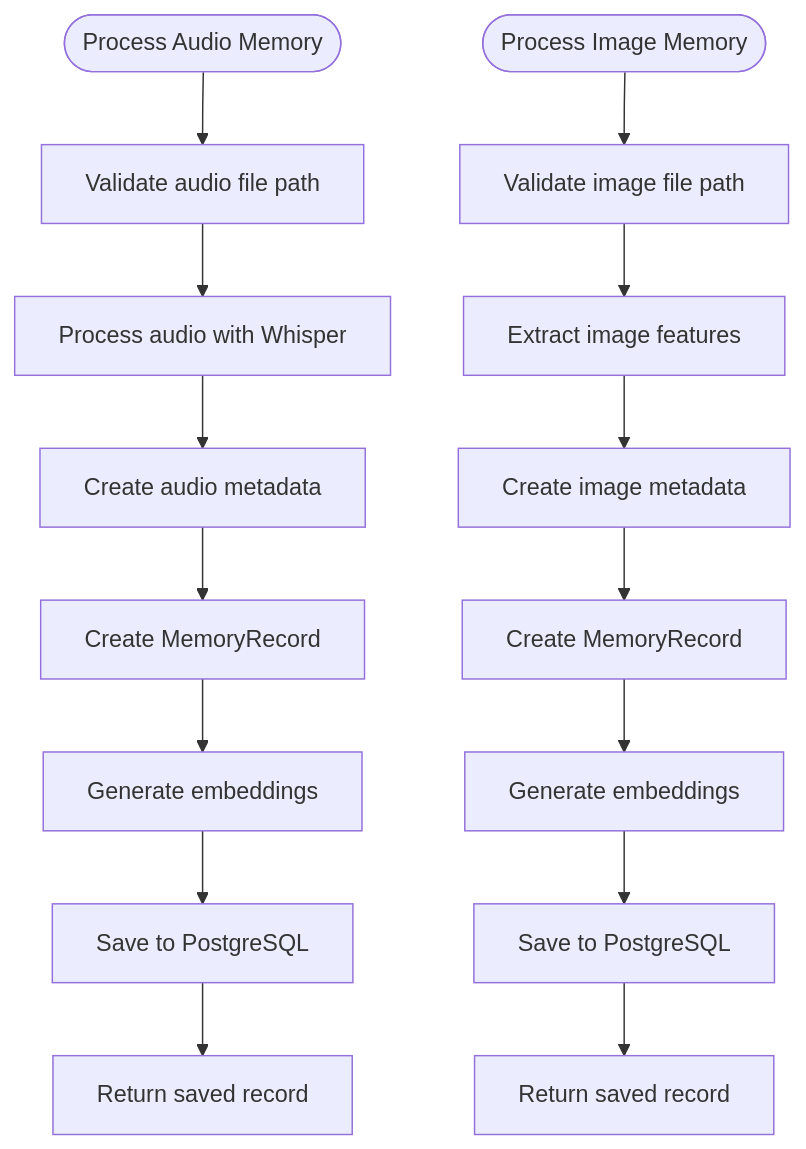
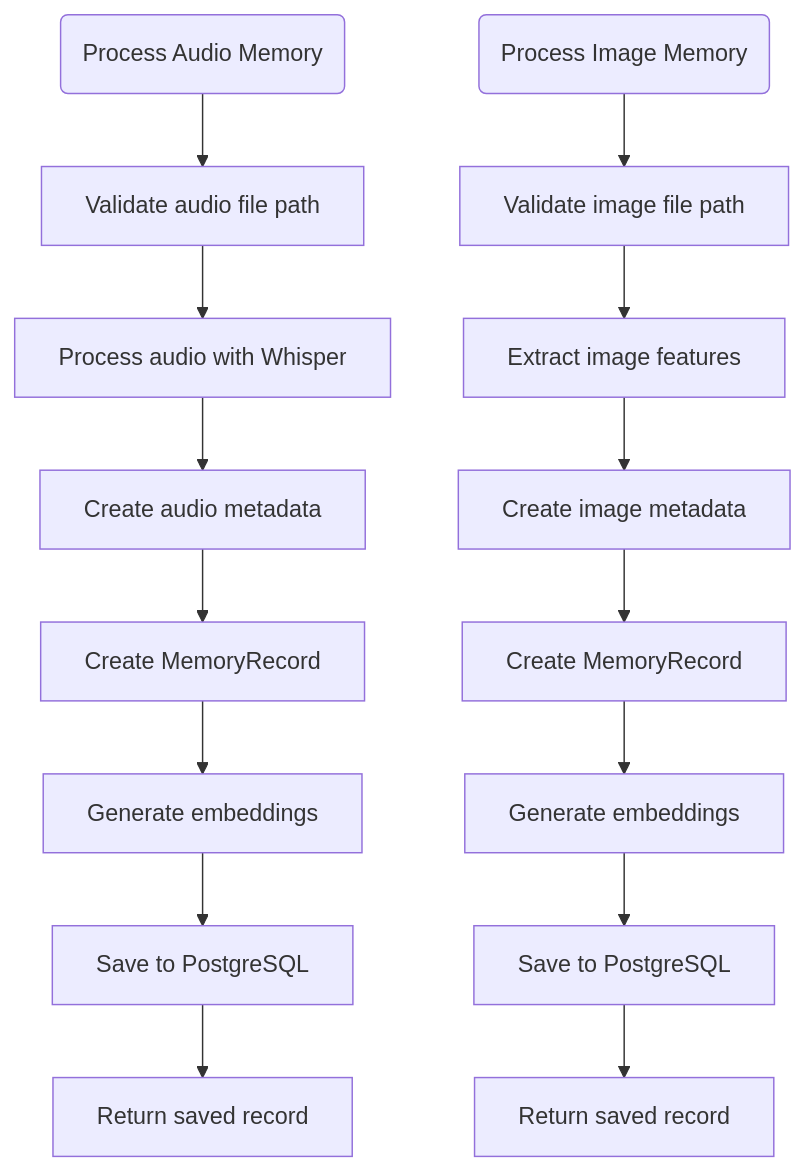
The fifth of 6 diagrams in docs/API Reference/Memory Service API.md (Likhithsai2580/RAVANA-WIKI), drawn with Mermaid before and after one commit. The commit also changed 31 other files, not shown here.

First line of the commit message:
Fix(docs): Correct Mermaid diagram syntax

````diff
--- a/docs/API Reference/Memory Service API.md
+++ b/docs/API Reference/Memory Service API.md
@@ -179,17 +179,17 @@
 ```mermaid
 flowchart TD
-Start([Process Audio Memory]) --> ValidateInput["Validate audio file path"]
+Start("Process Audio Memory") --> ValidateInput["Validate audio file path"]
 ValidateInput --> ProcessAudio["Process audio with Whisper"]
 ProcessAudio --> CreateMetadata["Create audio metadata"]
 CreateMetadata --> CreateRecord["Create MemoryRecord"]
 CreateRecord --> GenerateEmbeddings["Generate embeddings"]
 GenerateEmbeddings --> SaveToDB["Save to PostgreSQL"]
 SaveToDB --> ReturnResult["Return saved record"]
-StartImage([Process Image Memory]) --> ValidateImage["Validate image file path"]
+StartImage("Process Image Memory") --> ValidateImage["Validate image file path"]
 ValidateImage --> ExtractFeatures["Extract image features"]
 ExtractFeatures --> CreateImageMetadata["Create image metadata"]
 CreateImageMetadata --> CreateImageRecord["Create MemoryRecord"]
 CreateImageRecord --> GenerateImageEmbeddings["Generate embeddings"]
 GenerateImageEmbeddings --> SaveImageToDB["Save to PostgreSQL"]
 SaveImageToDB --> ReturnImageResult["Return saved record"]
 ```
````
